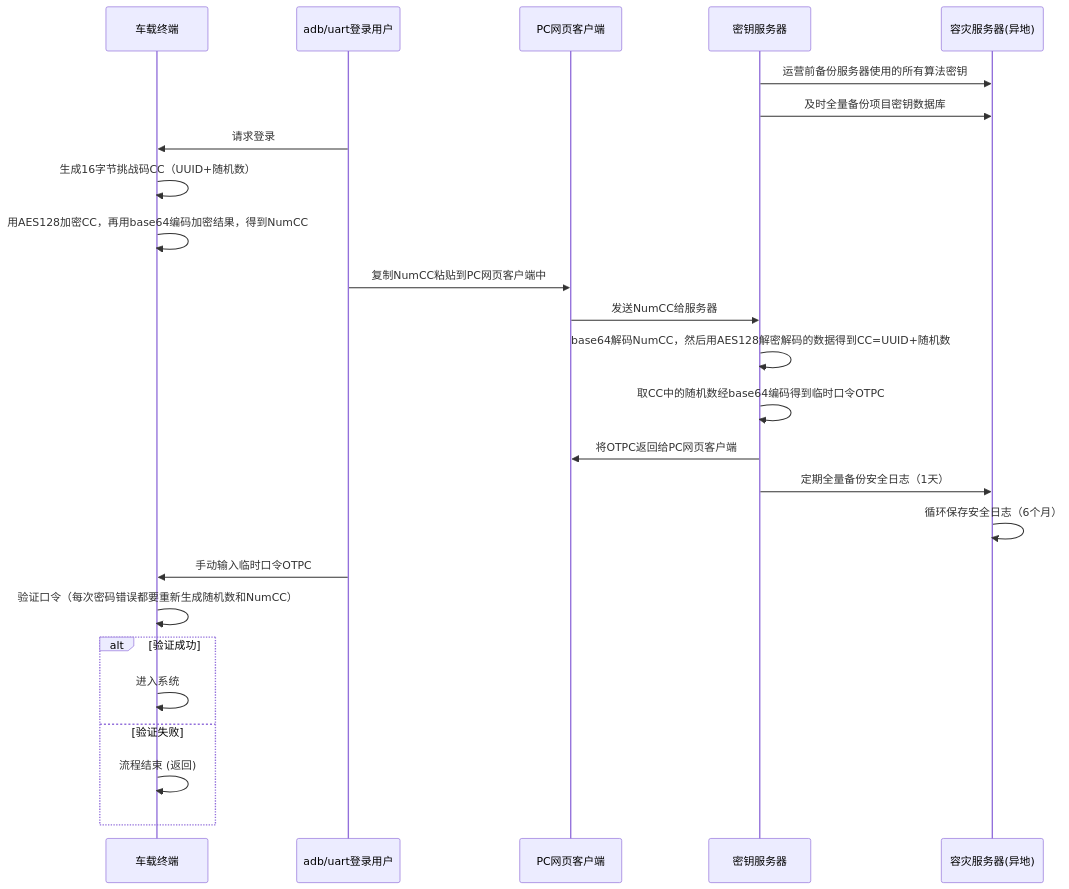
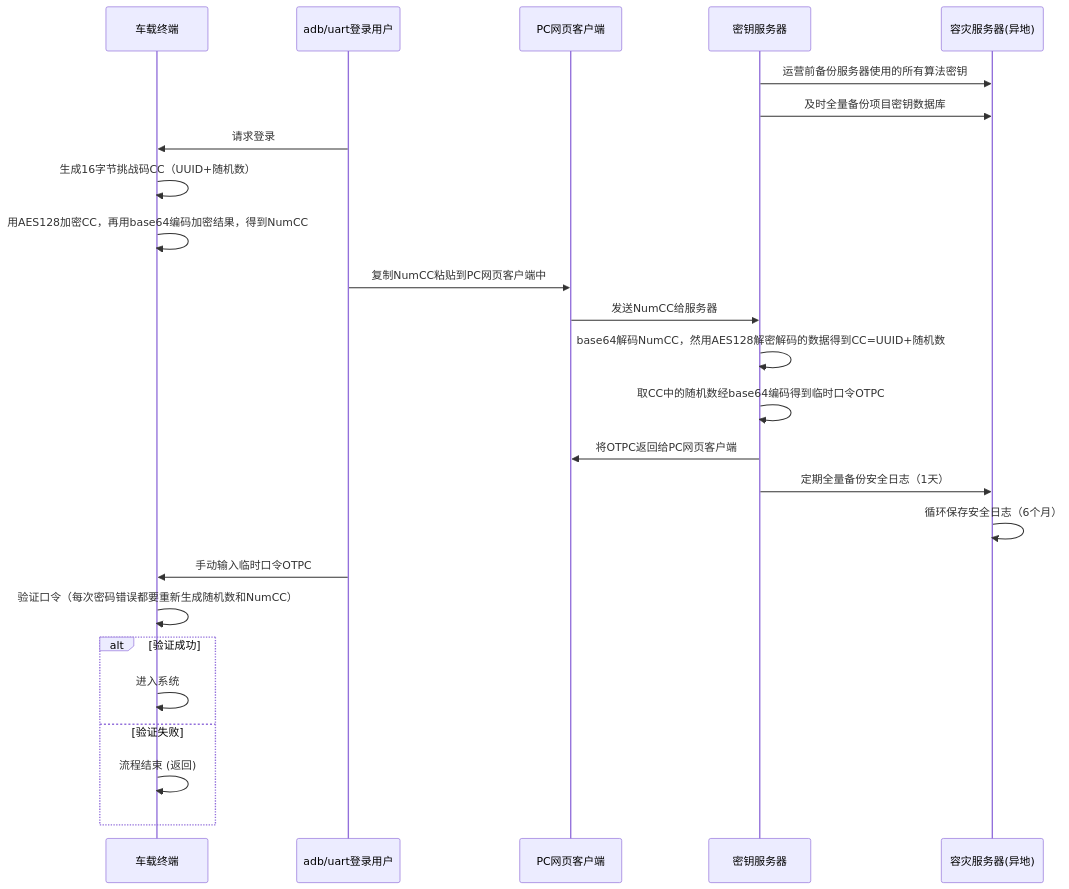
Before and after one commit to facebook-cloud/iodraw-files: the diagram in all/未命名-21.md, drawn with Mermaid.

Commit message:
2026-04-14 13:31:26 update

````diff
--- a/all/未命名-21.md
+++ b/all/未命名-21.md
@@ -1,32 +1,32 @@
 ```mermaid
 sequenceDiagram
     participant tbox as 车载终端
     participant user as adb/uart登录用户
     participant pc as PC网页客户端
     participant tech_center as 密钥服务器
     participant backup as 容灾服务器(异地)
   
     tech_center->>backup: 运营前备份服务器使用的所有算法密钥
     tech_center->>backup: 及时全量备份项目密钥数据库
 
     user->>tbox: 请求登录
     tbox->>tbox: 生成16字节挑战码CC（UUID+随机数）
     tbox->>tbox: 用AES128加密CC，再用base64编码加密结果，得到NumCC
     user->>pc: 复制NumCC粘贴到PC网页客户端中
     pc->>tech_center: 发送NumCC给服务器
-    tech_center->>tech_center: base64解码NumCC，然后用AES128解密解码的数据得到CC=UUID+随机数
+    tech_center->>tech_center: base64解码NumCC，然用AES128解密解码的数据得到CC=UUID+随机数
     tech_center->>tech_center: 取CC中的随机数经base64编码得到临时口令OTPC
     tech_center->>pc: 将OTPC返回给PC网页客户端
 
     tech_center->>backup: 定期全量备份安全日志（1天）
     backup->>backup: 循环保存安全日志（6个月）
     user->>tbox: 手动输入临时口令OTPC
     tbox->>tbox: 验证口令（每次密码错误都要重新生成随机数和NumCC）
     alt 验证成功
         tbox->>tbox: 进入系统
     else 验证失败
         tbox->>tbox: 流程结束 (返回)
     end
 
 
 ```
````
